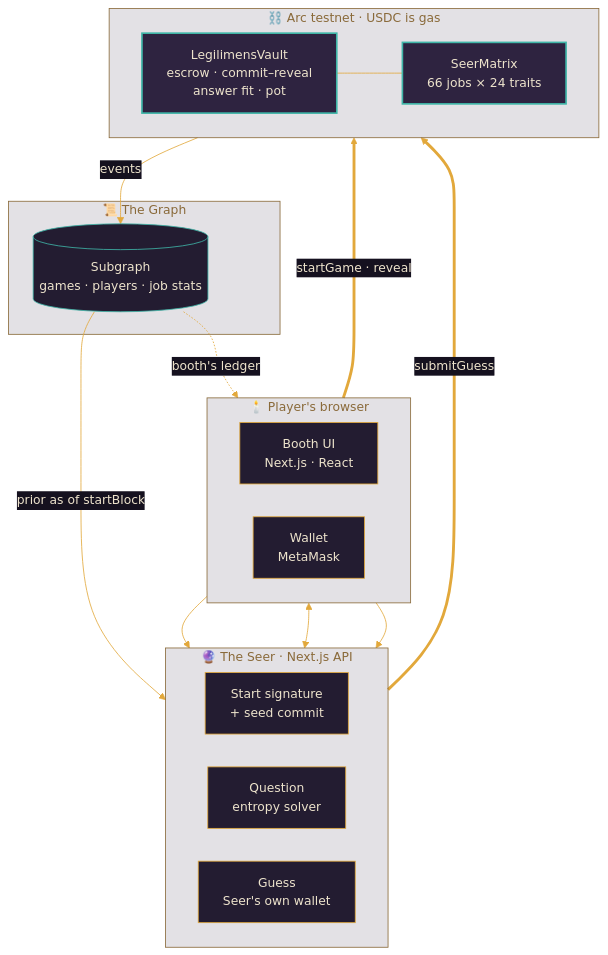
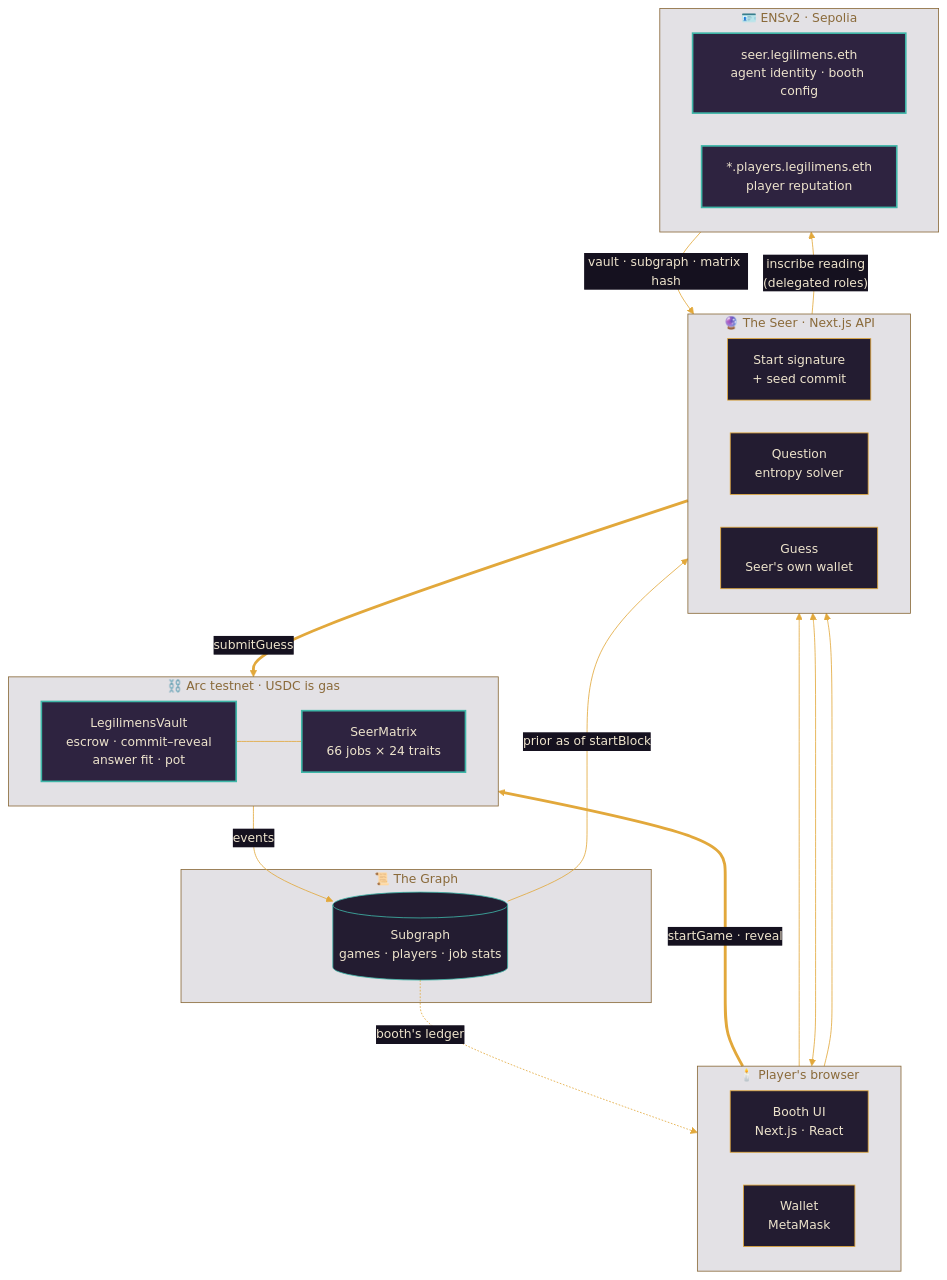
Before and after one commit to TheRealRajdeep/Legilimens: the second of 9 diagrams in README.md, drawn with Mermaid. The commit also changed other lines of this file and 1 other file, not shown here.

First line of the commit message:
docs: document the Seer on ENS, delegated roles and player reputation

````diff
--- a/README.md
+++ b/README.md
@@ -87,41 +89,50 @@
 ```mermaid
 %%{init: {"theme":"base","flowchart":{"curve":"basis","nodeSpacing":40,"rankSpacing":55},"themeVariables":{"fontFamily":"Georgia, serif","fontSize":"15px","primaryColor":"#231C31","primaryTextColor":"#EDE3CC","primaryBorderColor":"#E2A83B","lineColor":"#E2A83B","clusterBkg":"#2E234022","clusterBorder":"#8A6A3A","edgeLabelBackground":"#15111F","titleColor":"#8A6A3A"}}}%%
 flowchart TB
     subgraph Browser["🕯️ Player's browser"]
         direction LR
         UI["Booth UI<br/>Next.js · React"]
         MM["Wallet<br/>MetaMask"]
     end
 
     subgraph Server["🔮 The Seer · Next.js API"]
         direction LR
         WV["Start signature<br/>+ seed commit"]
         Q["Question<br/>entropy solver"]
         GU["Guess<br/>Seer's own wallet"]
     end
 
     subgraph Chain["⛓️ Arc testnet · USDC is gas"]
         direction LR
         VAULT["LegilimensVault<br/>escrow · commit–reveal<br/>answer fit · pot"]
         MATRIX["SeerMatrix<br/>66 jobs × 24 traits"]
     end
 
     subgraph Index["📜 The Graph"]
         SG[("Subgraph<br/>games · players · job stats")]
     end
 
+    subgraph Names["🪪 ENSv2 · Sepolia"]
+        direction LR
+        SEER["seer.legilimens.eth<br/>agent identity · booth config"]
+        PLAYERS["*.players.legilimens.eth<br/>player reputation"]
+    end
+
     UI --> WV
     UI <--> Q
     UI --> GU
     MM == "startGame · reveal" ==> VAULT
     GU == "submitGuess" ==> VAULT
     VAULT --- MATRIX
     VAULT -- "events" --> SG
     SG -- "prior as of startBlock" --> Q
     SG -. "booth's ledger" .-> UI
+    SEER -- "vault · subgraph · matrix hash" --> Q
+    GU -- "inscribe reading<br/>(delegated roles)" --> PLAYERS
 
     classDef chain fill:#2E2340,stroke:#3FB6A8,stroke-width:2px,color:#EDE3CC
     classDef index fill:#231C31,stroke:#3FB6A8,color:#EDE3CC
     class VAULT,MATRIX chain
     class SG index
+    class SEER,PLAYERS chain
 ```
````
